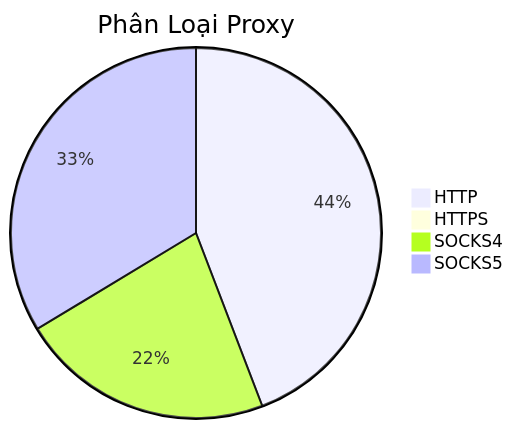
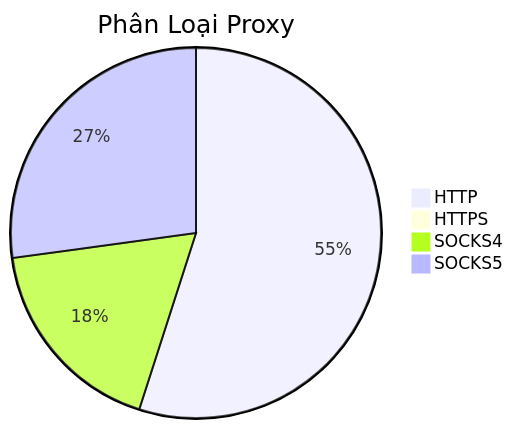
The diagram in README.md (Ciara-Aa/PROXY-free), drawn with Mermaid before and after one commit. The commit also changed other lines of this file and 4 other files, not shown here.

````diff
--- a/README.md
+++ b/README.md
@@ -26,7 +26,7 @@
 ```mermaid
 pie title Phân Loại Proxy
-    "HTTP" : 277
-    "HTTPS" : 3
+    "HTTP" : 427
+    "HTTPS" : 4
     "SOCKS4" : 139
     "SOCKS5" : 211
 ```
````
